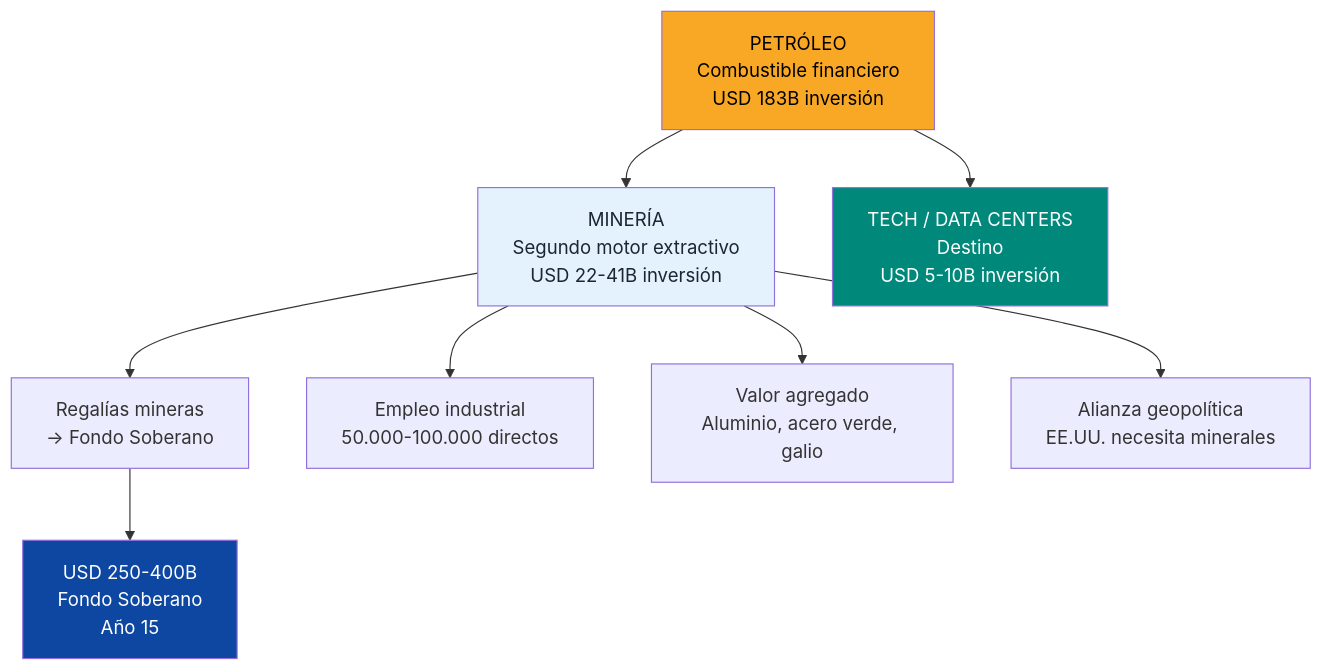
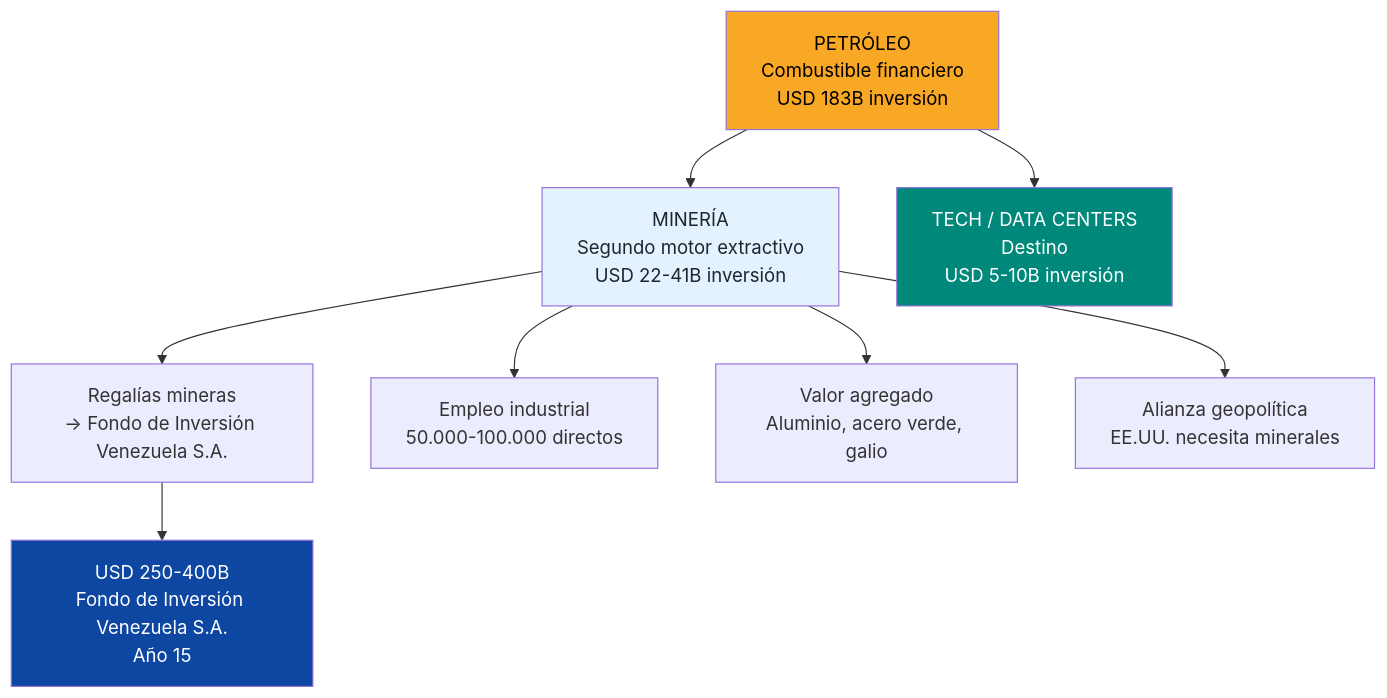
Before and after one commit to Venezuela-S-A/venezuela-sa: the seventh of 7 diagrams in docs/10-oportunidades/minerales-criticos.md, drawn with Mermaid. The commit also changed other lines of this file and 33 other files, not shown here.

First line of the commit message:
refactor: rename 'fondo soberano' to 'Fondo de Inversión Venezuela S.A.'

````diff
--- a/docs/10-oportunidades/minerales-criticos.md
+++ b/docs/10-oportunidades/minerales-criticos.md
@@ -450,17 +450,17 @@
 ```mermaid
 flowchart TD
     A["PETRÓLEO<br>Combustible financiero<br>USD 183B inversión"] --> B["MINERÍA<br>Segundo motor extractivo<br>USD 22-41B inversión"]
     A --> C["TECH / DATA CENTERS<br>Destino<br>USD 5-10B inversión"]
 
-    B --> D["Regalías mineras<br>→ Fondo Soberano"]
+    B --> D["Regalías mineras<br>→ Fondo de Inversión Venezuela S.A."]
     B --> E["Empleo industrial<br>50.000-100.000 directos"]
     B --> F["Valor agregado<br>Aluminio, acero verde, galio"]
     B --> G["Alianza geopolítica<br>EE.UU. necesita minerales"]
 
-    D --> H["USD 250-400B<br>Fondo Soberano<br>Año 15"]
+    D --> H["USD 250-400B<br>Fondo de Inversión Venezuela S.A.<br>Año 15"]
 
     style A fill:#F9A825,color:#000
     style B fill:#E3F2FD,color:#1B2631
     style C fill:#00897B,color:#fff
     style H fill:#0D47A1,color:#fff
 ```
````
